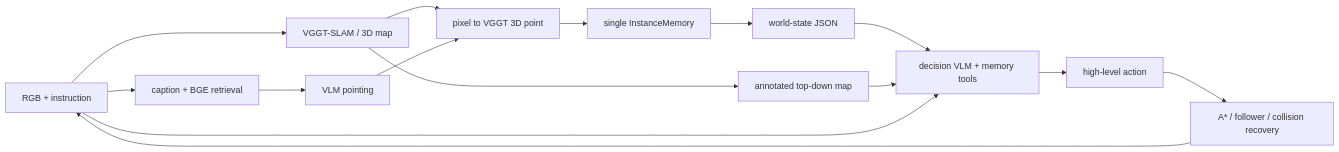
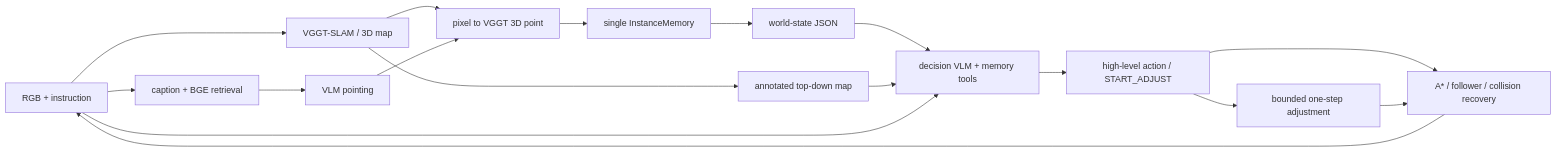
Before and after one commit to WeberFU23/VGGTNavAgent: the diagram in AGENT_ARCHITECTURE.md, drawn with Mermaid. The commit also changed other lines of this file and 38 other files, not shown here.

````diff
--- a/AGENT_ARCHITECTURE.md
+++ b/AGENT_ARCHITECTURE.md
@@ -13,17 +13,19 @@
 ```mermaid
 flowchart LR
     RGB["RGB + instruction"] --> MAP["VGGT-SLAM / 3D map"]
     RGB --> CAP["caption + BGE retrieval"]
     CAP --> POINT["VLM pointing"]
     MAP --> P3D["pixel to VGGT 3D point"]
     POINT --> P3D
     P3D --> MEM["single InstanceMemory"]
     MEM --> STATE["world-state JSON"]
     MAP --> TOP["annotated top-down map"]
     STATE --> VLM["decision VLM + memory tools"]
     TOP --> VLM
     RGB --> VLM
-    VLM --> HIGH["high-level action"]
+    VLM --> HIGH["high-level action / START_ADJUST"]
     HIGH --> EXEC["A* / follower / collision recovery"]
+    HIGH --> MICRO["bounded one-step adjustment"]
+    MICRO --> EXEC
     EXEC --> RGB
 ```
````
